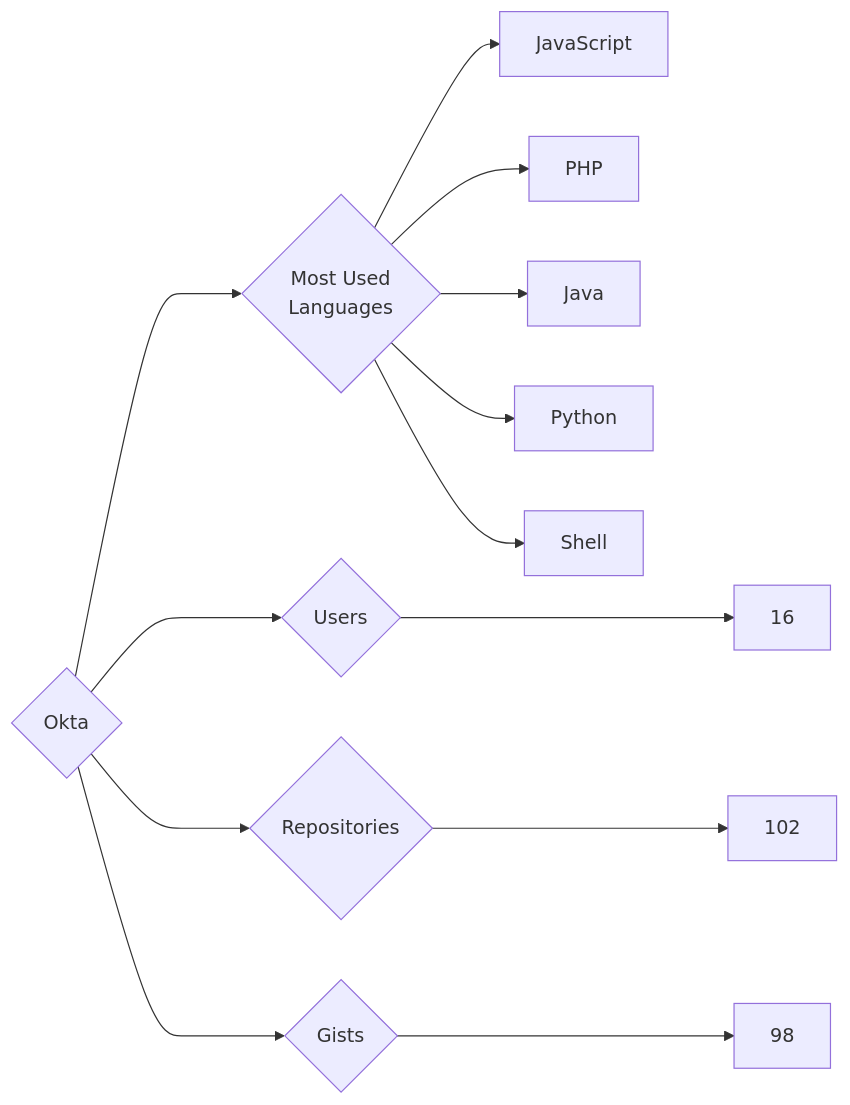
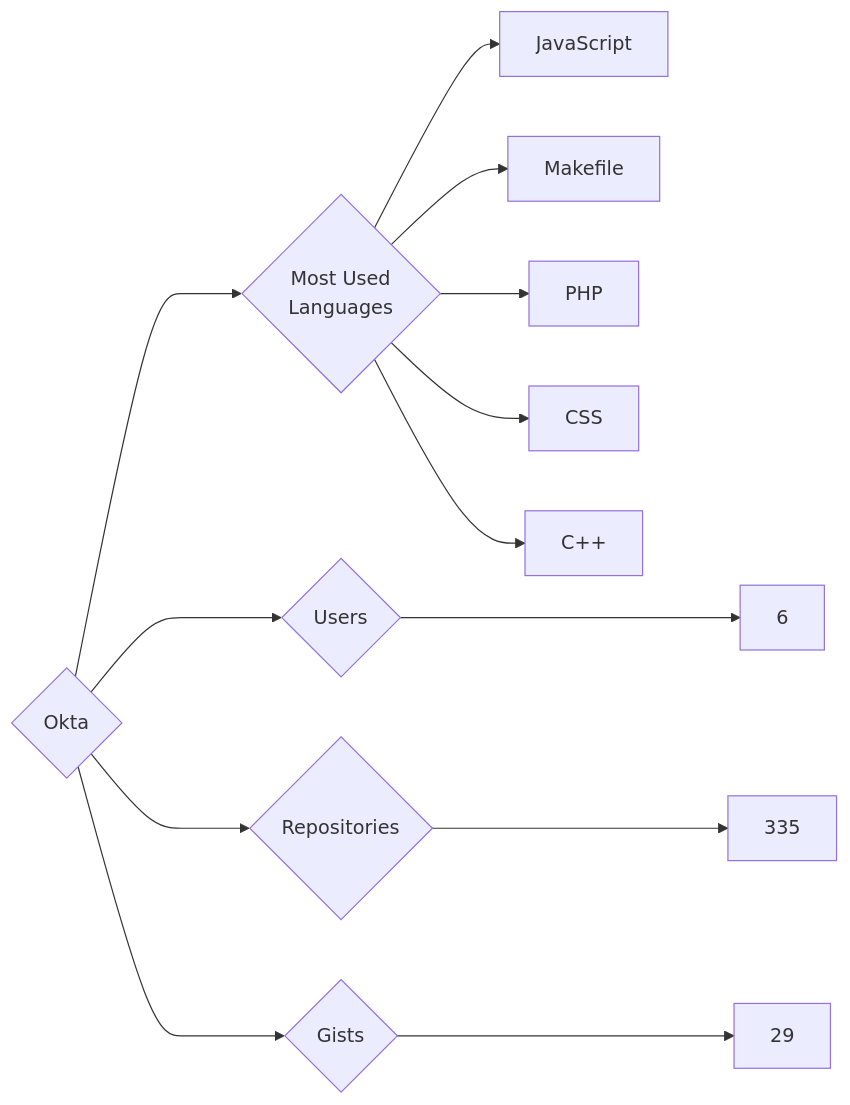
The diagram in targets/Okta/README.md (trickest/insiders), drawn with Mermaid before and after one commit. The commit also changed 829 other files, not shown here.

````diff
--- a/targets/Okta/README.md
+++ b/targets/Okta/README.md
@@ -3,13 +3,13 @@
 ```mermaid
 graph LR
 COMPANY_NAME{Okta}
-COMPANY_NAME ---> U{Users} ---> UN[16]
-COMPANY_NAME ---> R{Repositories} ---> RN[102]
-COMPANY_NAME ---> G{Gists} ---> GN[98]
+COMPANY_NAME ---> U{Users} ---> UN[6]
+COMPANY_NAME ---> R{Repositories} ---> RN[335]
+COMPANY_NAME ---> G{Gists} ---> GN[29]
 COMPANY_NAME ---> ML{Most Used<br>Languages}
 ML --> JavaScript[JavaScript]
+ML --> Makefile[Makefile]
 ML --> PHP[PHP]
-ML --> Java[Java]
-ML --> Python[Python]
-ML --> Shell[Shell]
+ML --> CSS[CSS]
+ML --> C++[C++]
 ```
````
